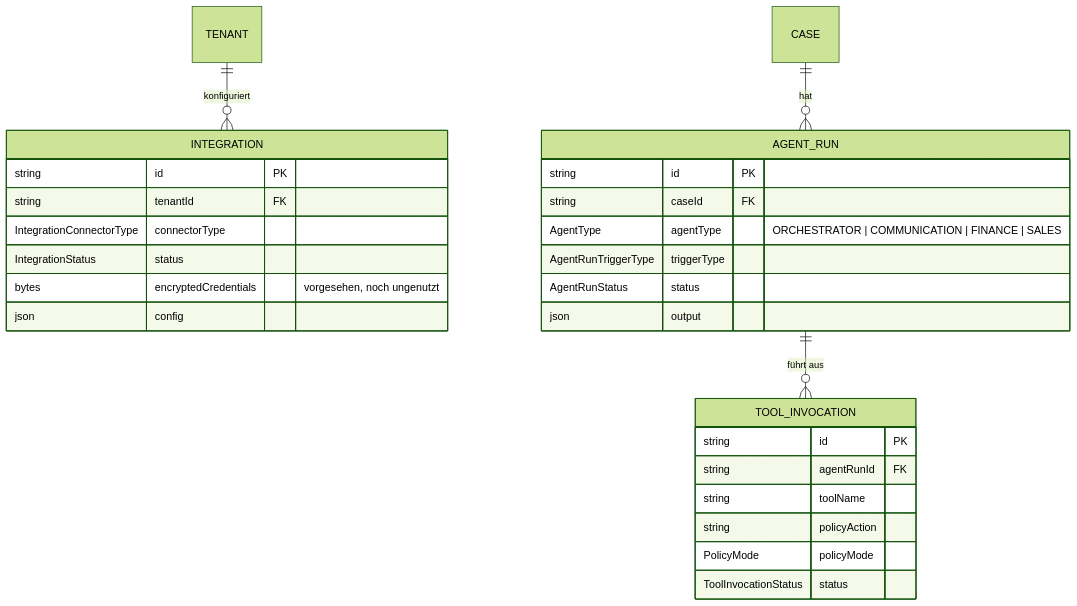
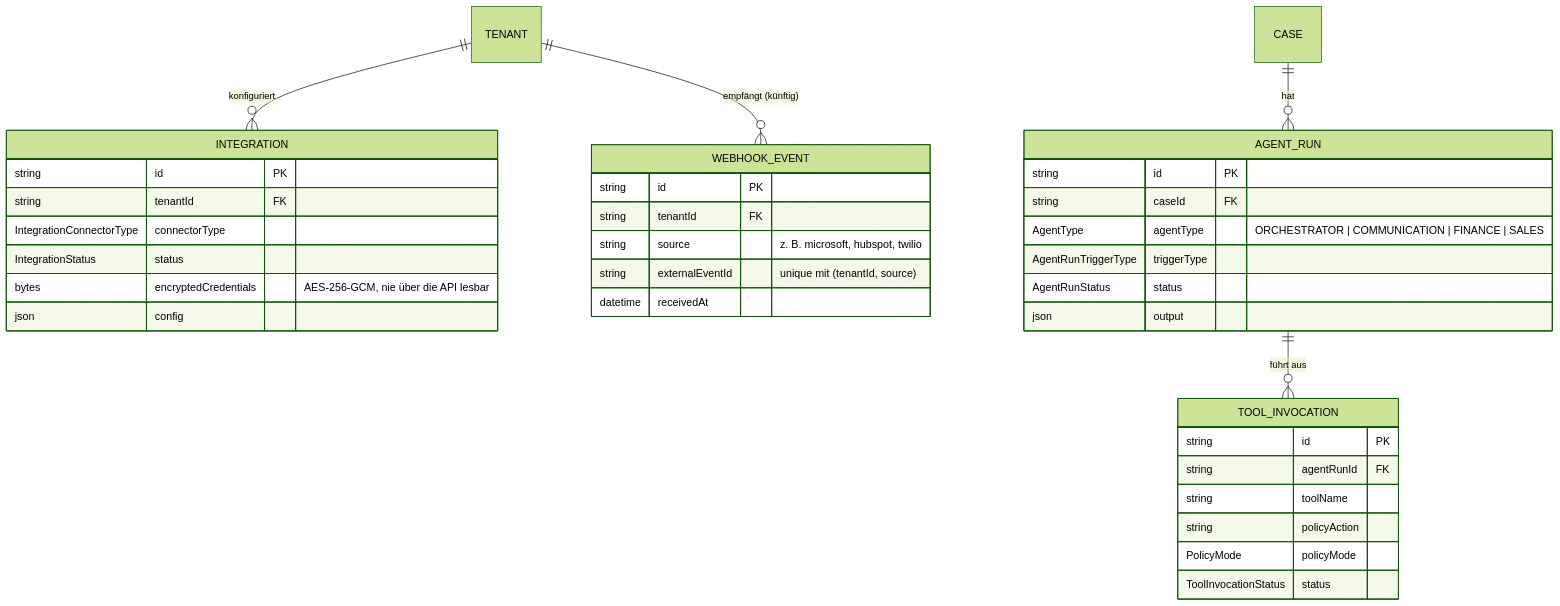
Before and after one commit to R4-13/Orbit: the sixth of 6 diagrams in docs/DOMAIN_MODEL.md, drawn with Mermaid (forest theme). The commit also changed other lines of this file and 28 other files, not shown here.

````diff
--- a/docs/DOMAIN_MODEL.md
+++ b/docs/DOMAIN_MODEL.md
@@ -283,31 +284,39 @@
 ```mermaid
 erDiagram
     TENANT ||--o{ INTEGRATION : "konfiguriert"
+    TENANT ||--o{ WEBHOOK_EVENT : "empfängt (künftig)"
     CASE ||--o{ AGENT_RUN : "hat"
     AGENT_RUN ||--o{ TOOL_INVOCATION : "führt aus"
 
     INTEGRATION {
         string id PK
         string tenantId FK
         IntegrationConnectorType connectorType
         IntegrationStatus status
-        bytes encryptedCredentials "vorgesehen, noch ungenutzt"
+        bytes encryptedCredentials "AES-256-GCM, nie über die API lesbar"
         json config
     }
     AGENT_RUN {
         string id PK
         string caseId FK
         AgentType agentType "ORCHESTRATOR | COMMUNICATION | FINANCE | SALES"
         AgentRunTriggerType triggerType
         AgentRunStatus status
         json output
     }
     TOOL_INVOCATION {
         string id PK
         string agentRunId FK
         string toolName
         string policyAction
         PolicyMode policyMode
         ToolInvocationStatus status
     }
+    WEBHOOK_EVENT {
+        string id PK
+        string tenantId FK
+        string source "z. B. microsoft, hubspot, twilio"
+        string externalEventId "unique mit (tenantId, source)"
+        datetime receivedAt
+    }
 ```
````
